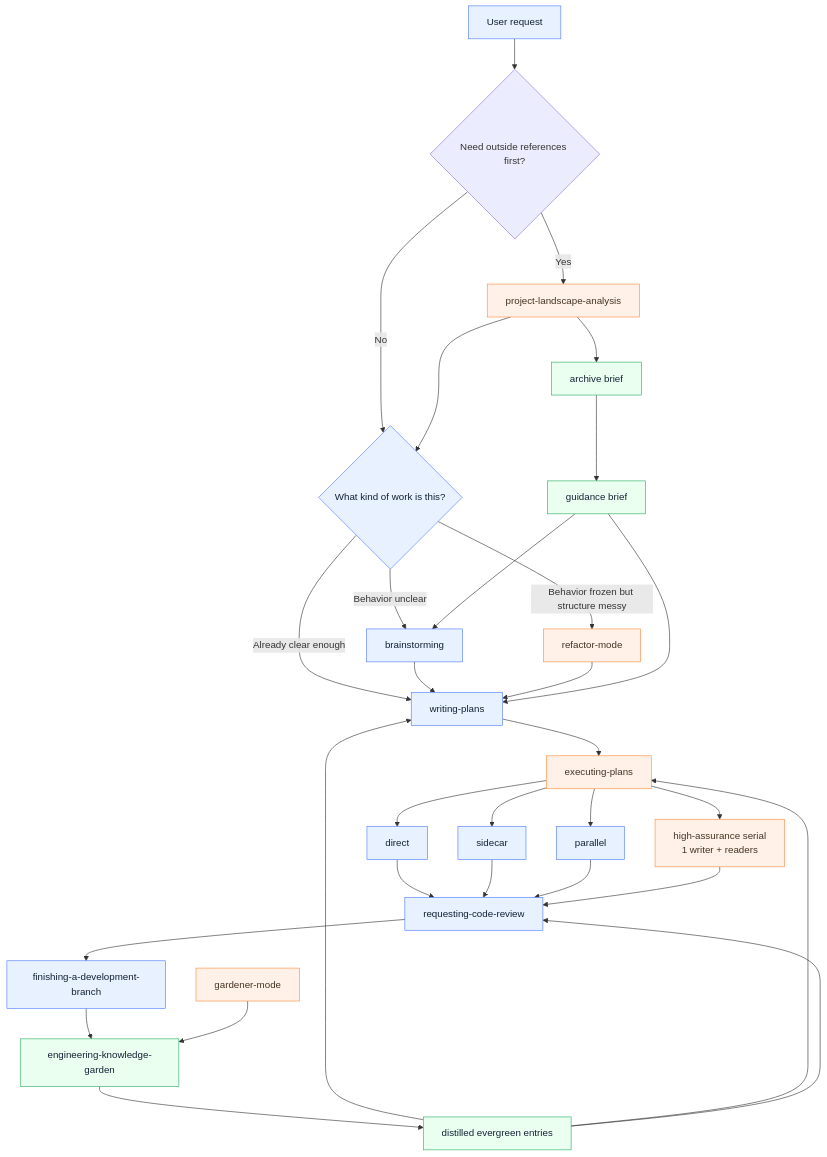
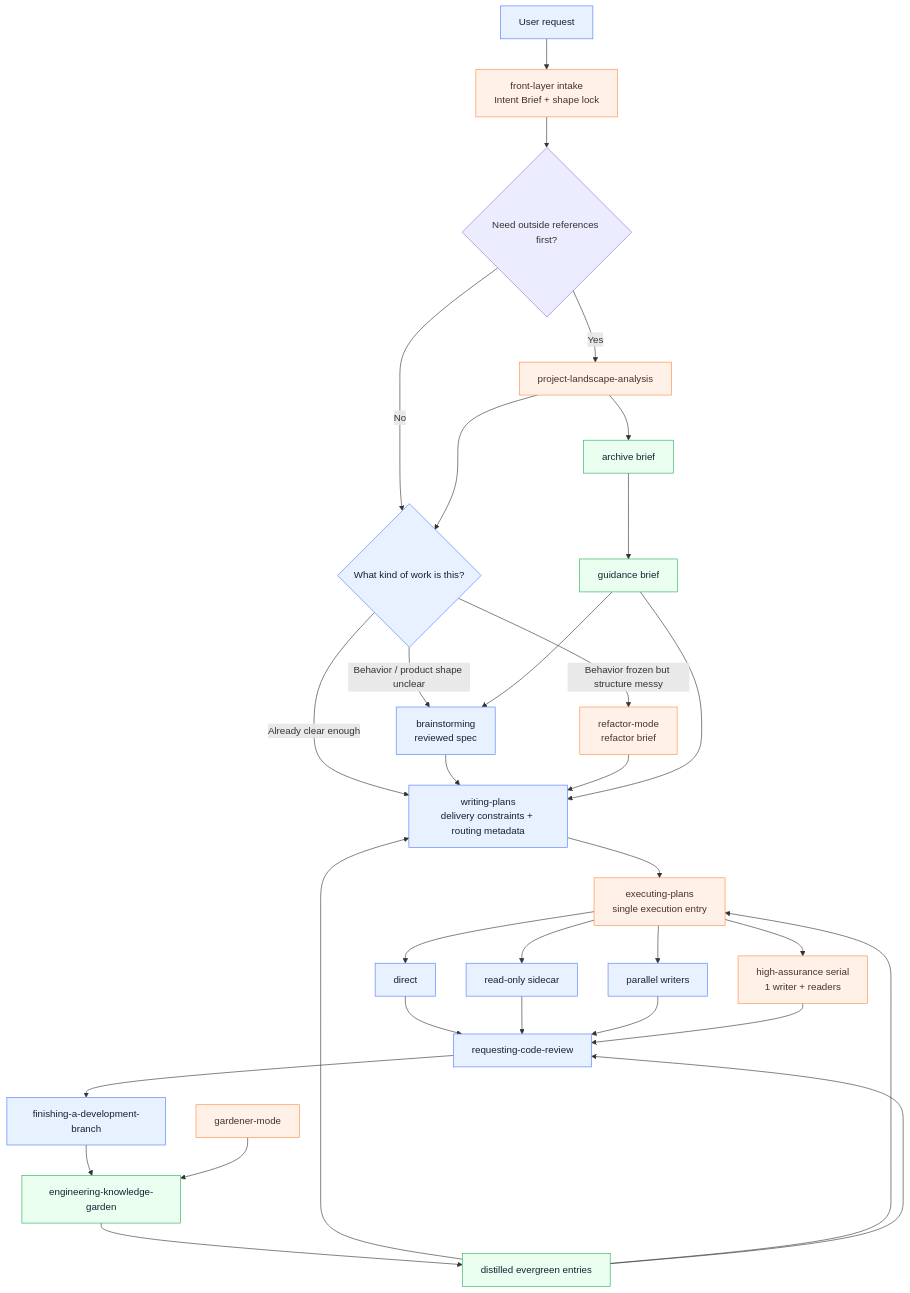
Before and after one commit to guhaigg/better-sp: the first of 2 diagrams in docs/better-sp-custom-skills-and-system.md, drawn with Mermaid. The commit also changed other lines of this file and 3 other files, not shown here.

Commit message:
docs: refresh better-sp workflow diagrams and front-layer docs

````diff
--- a/docs/better-sp-custom-skills-and-system.md
+++ b/docs/better-sp-custom-skills-and-system.md
@@ -42,40 +42,41 @@
 ```mermaid
 flowchart TD
-    A["User request"] --> R{"Need outside references first?"}
+    A["User request"] --> A1["front-layer intake<br/>Intent Brief + shape lock"]
+    A1 --> R{"Need outside references first?"}
     R -- "Yes" --> S["project-landscape-analysis"]
     R -- "No" --> B{"What kind of work is this?"}
     S --> B
-    B -- "Behavior unclear" --> C["brainstorming"]
-    B -- "Behavior frozen but structure messy" --> D["refactor-mode"]
-    B -- "Already clear enough" --> E["writing-plans"]
+    B -- "Behavior / product shape unclear" --> C["brainstorming<br/>reviewed spec"]
+    B -- "Behavior frozen but structure messy" --> D["refactor-mode<br/>refactor brief"]
+    B -- "Already clear enough" --> E["writing-plans<br/>delivery constraints + routing metadata"]
     C --> E
     D --> E
-    E --> F["executing-plans"]
+    E --> F["executing-plans<br/>single execution entry"]
     F --> G["direct"]
-    F --> H["sidecar"]
-    F --> I["parallel"]
+    F --> H["read-only sidecar"]
+    F --> I["parallel writers"]
     F --> J["high-assurance serial<br/>1 writer + readers"]
     G --> K["requesting-code-review"]
     H --> K
     I --> K
     J --> K
     K --> L["finishing-a-development-branch"]
     L --> M["engineering-knowledge-garden"]
     S --> N["archive brief"]
     N --> O["guidance brief"]
     O --> C
     O --> E
     M --> P["distilled evergreen entries"]
     P --> E
     P --> F
     P --> K
     Q["gardener-mode"] --> M
 
     classDef upstream fill:#e8f1ff,stroke:#4f7cff,color:#123;
     classDef custom fill:#fff1e8,stroke:#ff8a3d,color:#432;
     classDef garden fill:#ebfff1,stroke:#27ae60,color:#123;
 
     class A,B,C,E,G,H,I,K,L upstream;
-    class S,D,F,J,Q custom;
+    class A1,S,D,F,J,Q custom;
     class M,N,O,P garden;
 ```
````
